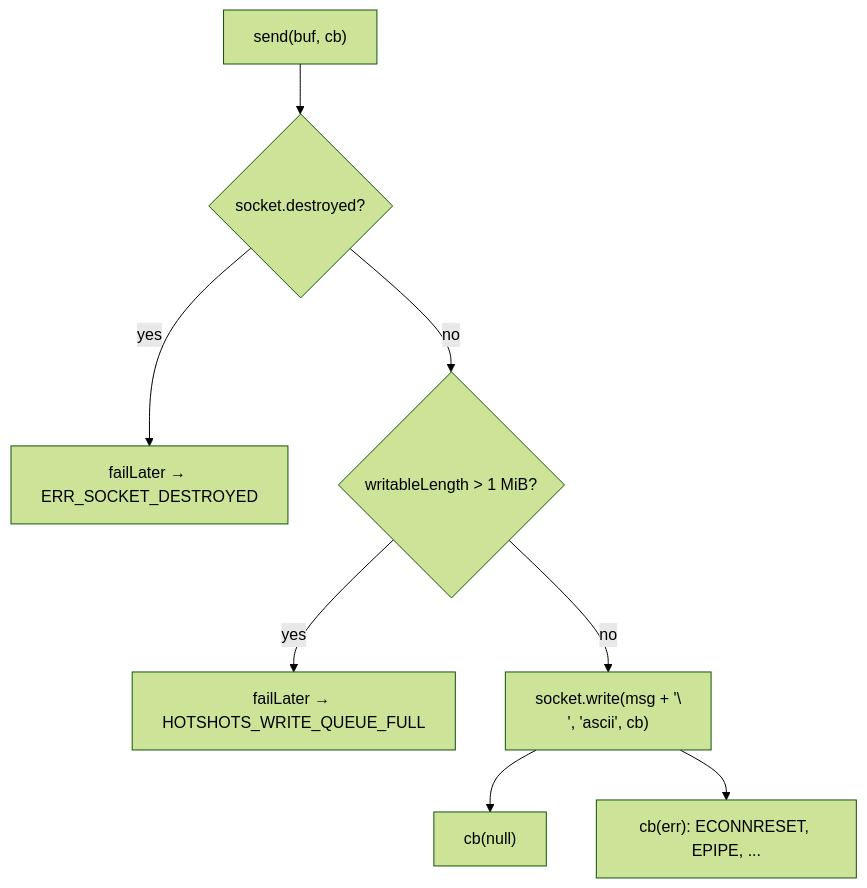
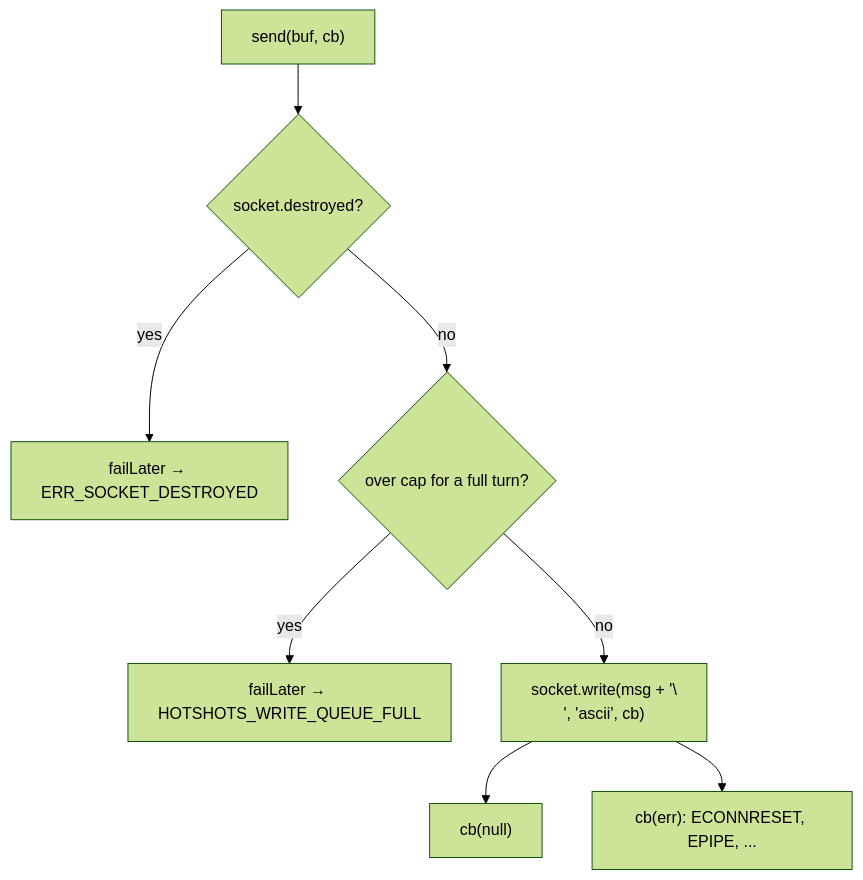
The fifth of 8 diagrams in NETWORKING.md (bdeitte/hot-shots), drawn with Mermaid (forest theme) before and after one commit. The commit also changed other lines of this file and 9 other files, not shown here.

````diff
--- a/NETWORKING.md
+++ b/NETWORKING.md
@@ -167,10 +171,10 @@
 ```mermaid
 flowchart TD
     S["send(buf, cb)"] --> D{"socket.destroyed?"}
     D -->|yes| E1["failLater → ERR_SOCKET_DESTROYED"]
-    D -->|no| W{"writableLength > 1 MiB?"}
+    D -->|no| W{"over cap for a full turn?"}
     W -->|yes| E2["failLater → HOTSHOTS_WRITE_QUEUE_FULL"]
     W -->|no| WR["socket.write(msg + '\\n', 'ascii', cb)"]
     WR --> OK["cb(null)"]
     WR --> ERR["cb(err): ECONNRESET, EPIPE, ..."]
 ```
````
